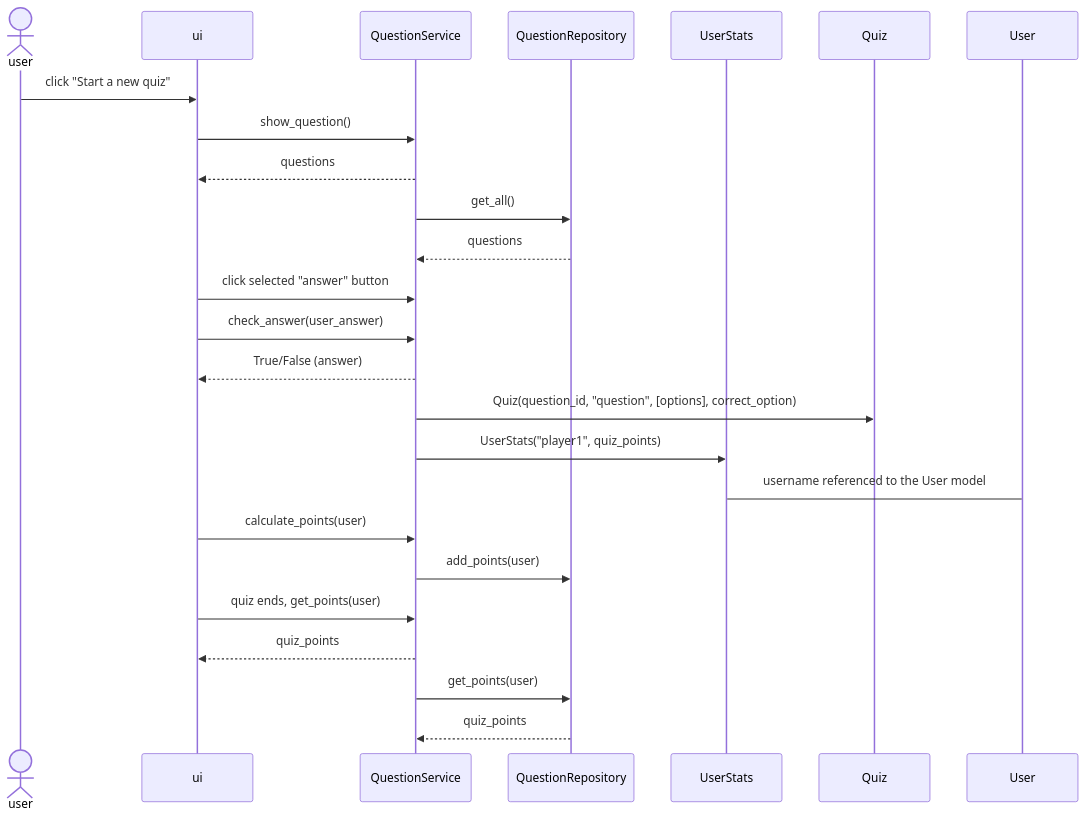
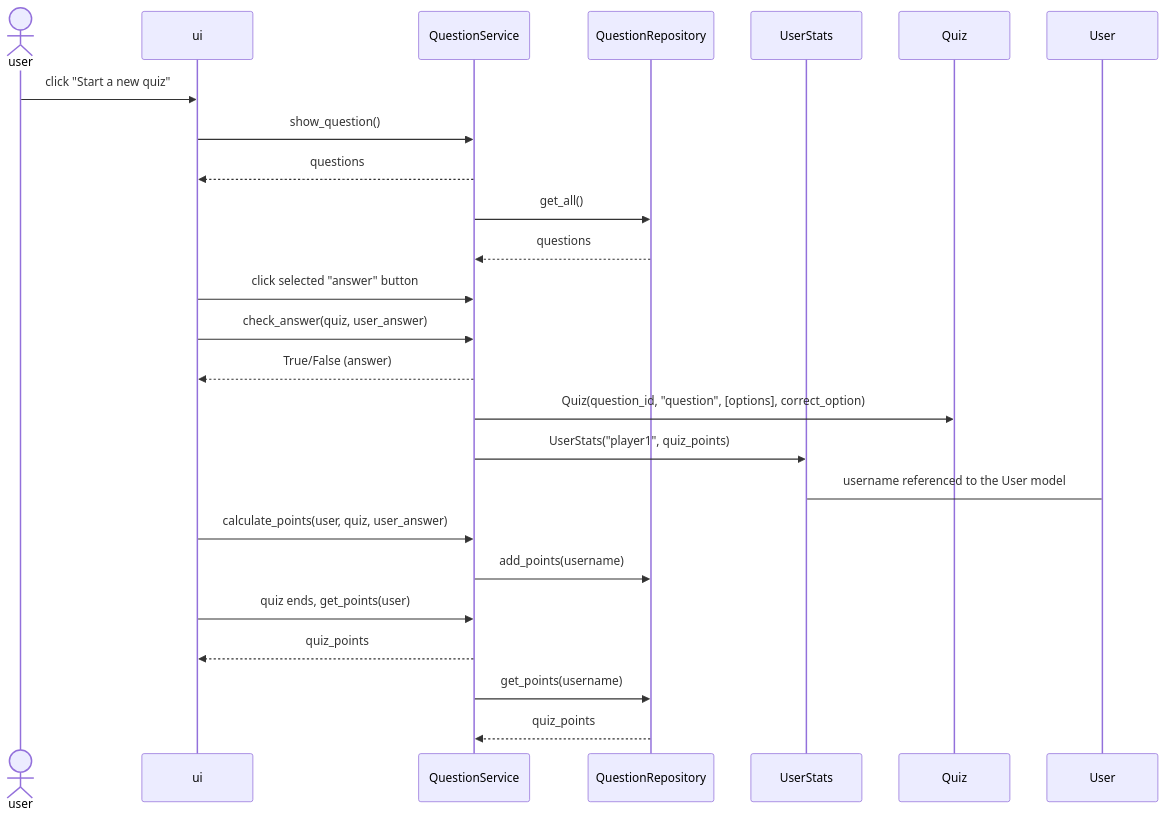
One commit to mikaelri/ot-harjoitusty- changed the third of 3 diagrams in quiz-app/documentation/architecture.md. Above: the diagram before and after it, drawn with Mermaid. The commit also changed other lines of this file and 3 other files, not shown here.

````diff
--- a/quiz-app/documentation/architecture.md
+++ b/quiz-app/documentation/architecture.md
@@ -83,31 +83,32 @@
 ```mermaid
 sequenceDiagram
 
 Actor user
 Participant ui
 Participant QuestionService
 Participant QuestionRepository
 Participant UserStats
 Participant Quiz
 
 user ->> ui: click "Start a new quiz"
 ui ->> QuestionService: show_question()
 QuestionService -->> ui: questions
 QuestionService ->> QuestionRepository: get_all()
 QuestionRepository -->> QuestionService: questions
 
 ui ->> QuestionService: click selected "answer" button
-ui ->> QuestionService: check_answer(user_answer)
+ui ->> QuestionService: check_answer(quiz, user_answer)
+
 QuestionService -->> ui: True/False (answer)
 QuestionService ->> Quiz: Quiz(question_id, "question", [options], correct_option)
 QuestionService ->> UserStats: UserStats("player1", quiz_points)
 UserStats -> User: username referenced to the User model
 
-ui ->> QuestionService: calculate_points(user)
-QuestionService ->> QuestionRepository: add_points(user)
+ui ->> QuestionService: calculate_points(user, quiz, user_answer)
+QuestionService ->> QuestionRepository: add_points(username)
 
 ui ->> QuestionService: quiz ends, get_points(user)
 QuestionService -->> ui: quiz_points
-QuestionService ->> QuestionRepository: get_points(user)
+QuestionService ->> QuestionRepository: get_points(username)
 QuestionRepository -->> QuestionService: quiz_points
 ```
````
